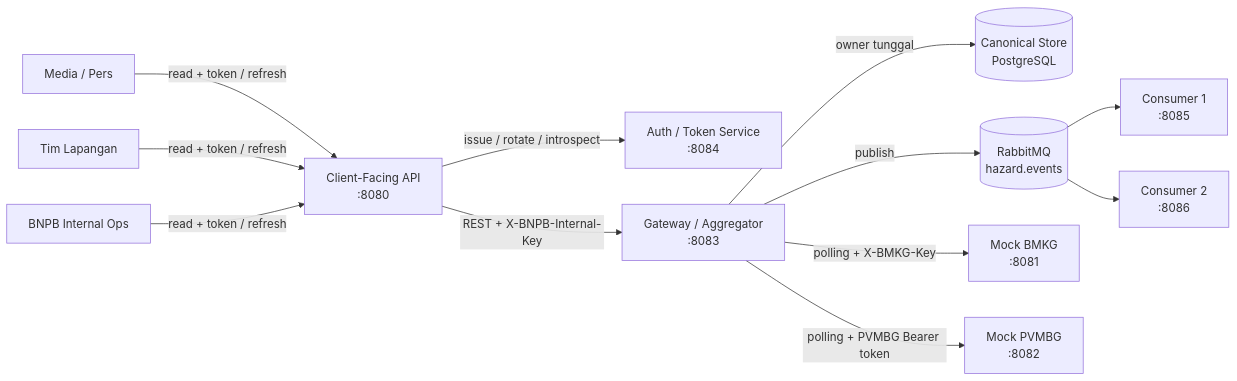
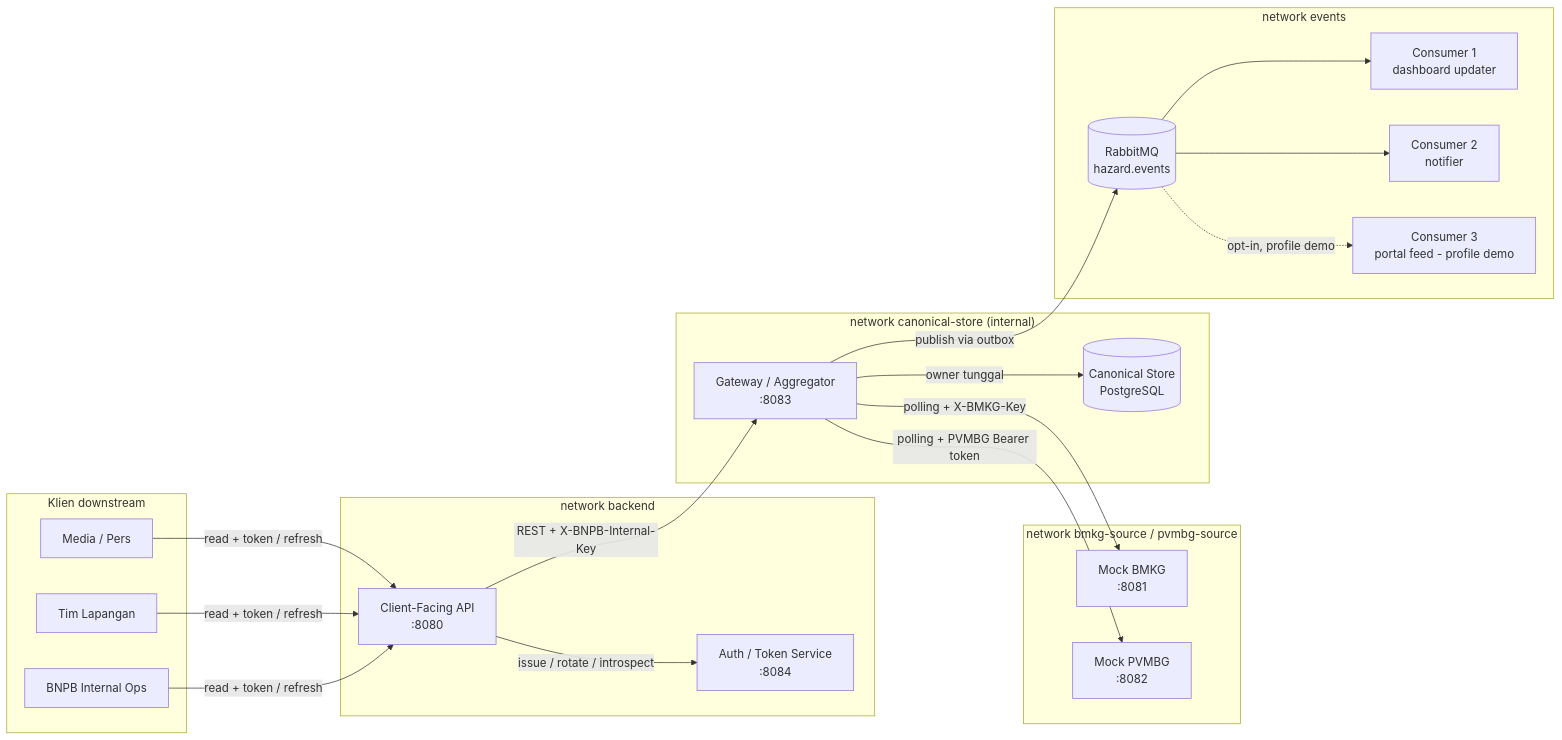
The diagram in README.md (Staryo40/AsosiasiAdmirerTsundere), drawn with Mermaid before and after one commit. The commit also changed other lines of this file and 3 other files, not shown here.

````diff
--- a/README.md
+++ b/README.md
@@ -20,28 +20,43 @@
 ```mermaid
 flowchart LR
-    Media[Media / Pers]
-    Field[Tim Lapangan]
-    Ops[BNPB Internal Ops]
+    subgraph Clients["Klien downstream"]
+        Media[Media / Pers]
+        Field[Tim Lapangan]
+        Ops[BNPB Internal Ops]
+    end
 
-    Auth[Auth / Token Service\n:8084]
-    API[Client-Facing API\n:8080]
-    Agg[Gateway / Aggregator\n:8083]
-    DB[(Canonical Store\nPostgreSQL)]
-    MQ[(RabbitMQ\nhazard.events)]
-    C1[Consumer 1\n:8085]
-    C2[Consumer 2\n:8086]
-    BMKG[Mock BMKG\n:8081]
-    PVMBG[Mock PVMBG\n:8082]
+    subgraph Sumber["network bmkg-source / pvmbg-source"]
+        BMKG[Mock BMKG\n:8081]
+        PVMBG[Mock PVMBG\n:8082]
+    end
+
+    subgraph Backend["network backend"]
+        API[Client-Facing API\n:8080]
+        Auth[Auth / Token Service\n:8084]
+    end
+
+    subgraph Canon["network canonical-store (internal)"]
+        Agg[Gateway / Aggregator\n:8083]
+        DB[(Canonical Store\nPostgreSQL)]
+    end
+
+    subgraph Events["network events"]
+        MQ[(RabbitMQ\nhazard.events)]
+        C1[Consumer 1\ndashboard updater]
+        C2[Consumer 2\nnotifier]
+        C3[Consumer 3\nportal feed - profile demo]
+    end
 
     Media -->|read + token / refresh| API
     Field -->|read + token / refresh| API
     Ops -->|read + token / refresh| API
     API -->|issue / rotate / introspect| Auth
     API -->|REST + X-BNPB-Internal-Key| Agg
     Agg -->|polling + X-BMKG-Key| BMKG
     Agg -->|polling + PVMBG Bearer token| PVMBG
     Agg -->|owner tunggal| DB
-    Agg -->|publish| MQ
+    Agg -->|publish via outbox| MQ
     MQ --> C1
     MQ --> C2
+    MQ -.->|opt-in, profile demo| C3
 ```
````
